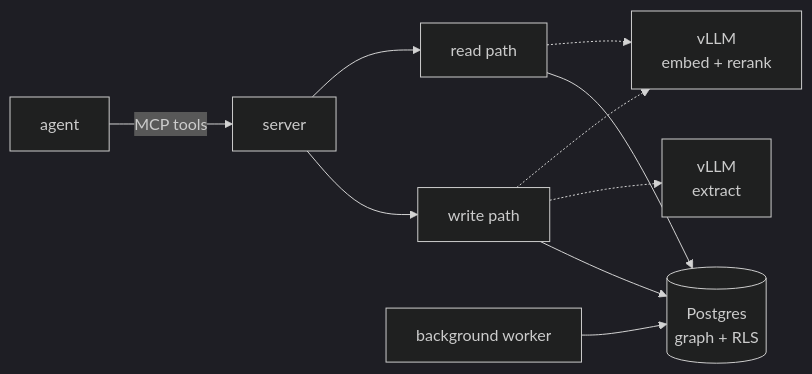
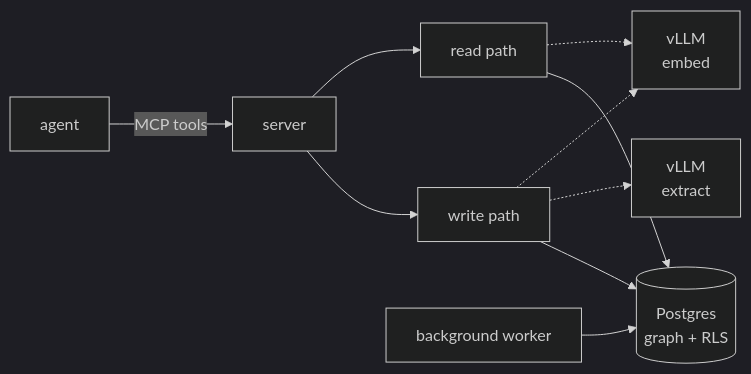
One commit to phvv-me/aizk changed the diagram in docs/engine/index.md. Above: the diagram before and after it, drawn with Mermaid (dark theme). The commit also changed other lines of this file and 292 other files, not shown here.

Commit message:
refactor: simplify memory architecture and retrieval

````diff
--- a/docs/engine/index.md
+++ b/docs/engine/index.md
@@ -9,12 +9,12 @@
 ```mermaid
 flowchart LR
     A[agent] -->|MCP tools| S[server]
     S --> W[write path]
     S --> R[read path]
     W --> P[(Postgres<br/>graph + RLS)]
     R --> P
     B[background worker] --> P
     W -.-> V[vLLM<br/>extract]
-    R -.-> K[vLLM<br/>embed + rerank]
+    R -.-> K[vLLM<br/>embed]
     W -.-> K
 ```
````
